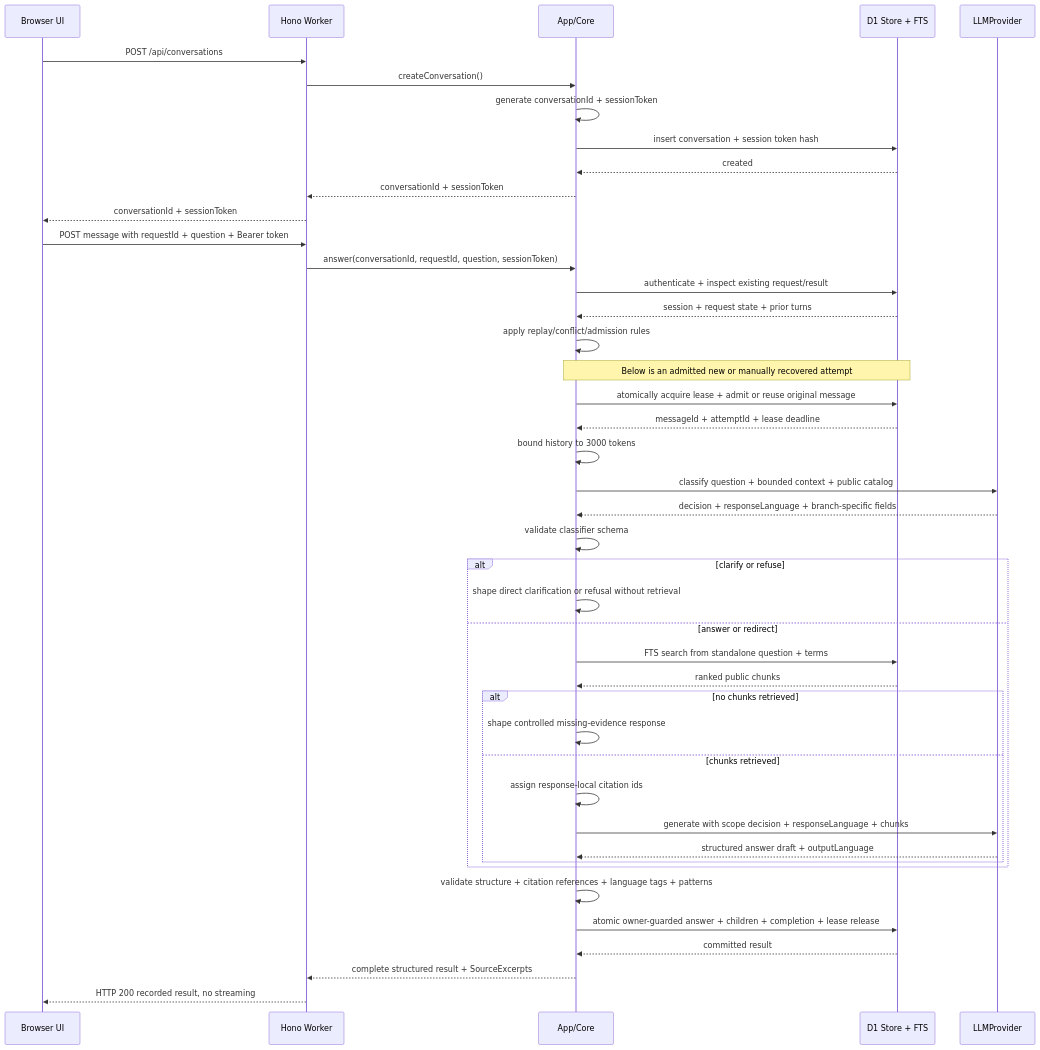
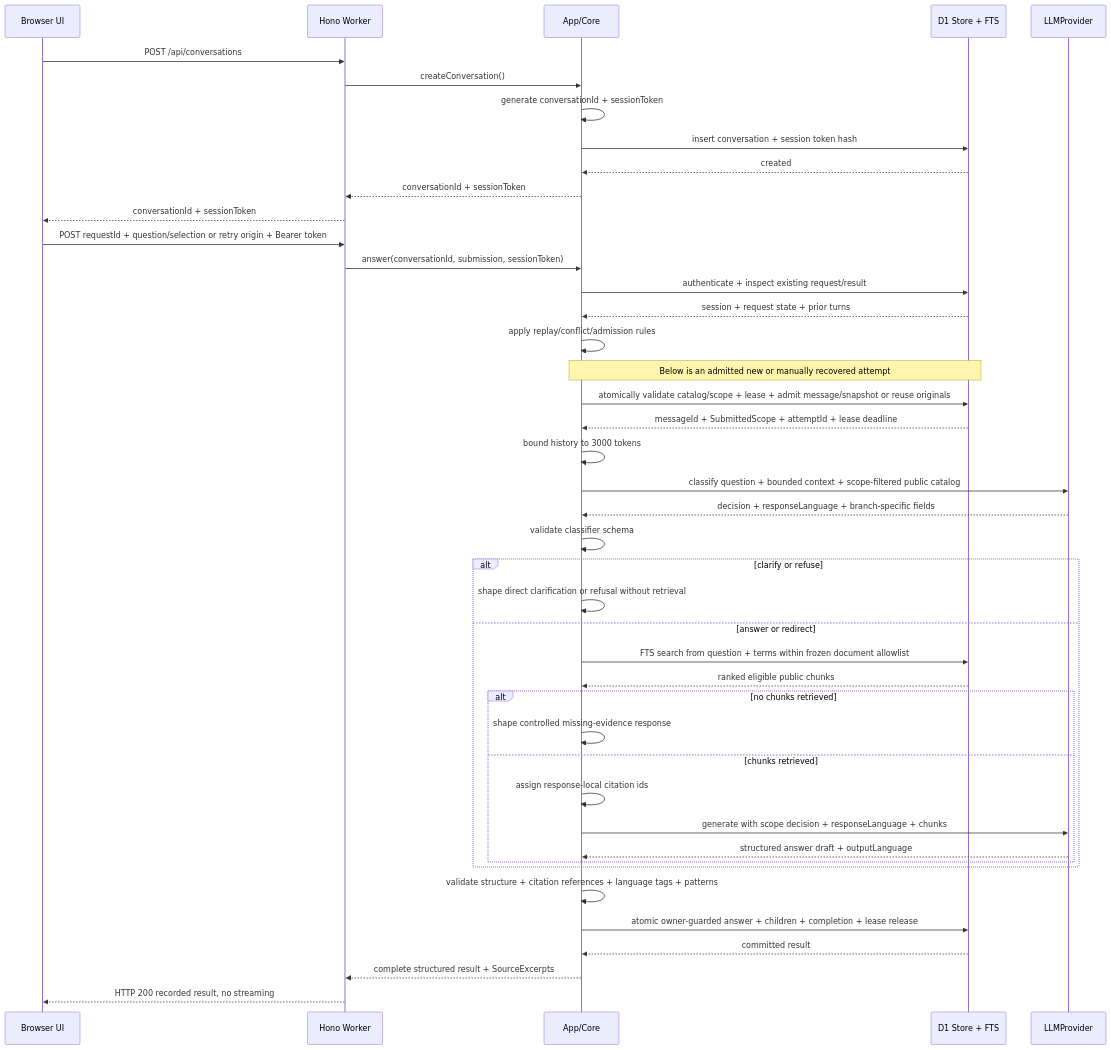
The second of 5 diagrams in docs/_bmad-output/planning-artifacts/architecture/architecture-candidate-copilot-2026-09-11/ARCHITECTURE-SPINE.md (CanVc/candidate-copilot), drawn with Mermaid before and after one commit. The commit also changed other lines of this file and 2 other files, not shown here.

Commit message:
docs: reconcile architecture with approved resource scope and UX

````diff
--- a/docs/_bmad-output/planning-artifacts/architecture/architecture-candidate-copilot-2026-09-11/ARCHITECTURE-SPINE.md
+++ b/docs/_bmad-output/planning-artifacts/architecture/architecture-candidate-copilot-2026-09-11/ARCHITECTURE-SPINE.md
@@ -195,47 +218,47 @@
 ```mermaid
 sequenceDiagram
   participant UI as Browser UI
   participant API as Hono Worker
   participant Core as App/Core
   participant D1 as D1 Store + FTS
   participant LLM as LLMProvider
 
   UI->>API: POST /api/conversations
   API->>Core: createConversation()
   Core->>Core: generate conversationId + sessionToken
   Core->>D1: insert conversation + session token hash
   D1-->>Core: created
   Core-->>API: conversationId + sessionToken
   API-->>UI: conversationId + sessionToken
 
-  UI->>API: POST message with requestId + question + Bearer token
-  API->>Core: answer(conversationId, requestId, question, sessionToken)
+  UI->>API: POST requestId + question/selection or retry origin + Bearer token
+  API->>Core: answer(conversationId, submission, sessionToken)
   Core->>D1: authenticate + inspect existing request/result
   D1-->>Core: session + request state + prior turns
   Core->>Core: apply replay/conflict/admission rules
   Note over Core,D1: Below is an admitted new or manually recovered attempt
-  Core->>D1: atomically acquire lease + admit or reuse original message
-  D1-->>Core: messageId + attemptId + lease deadline
+  Core->>D1: atomically validate catalog/scope + lease + admit message/snapshot or reuse originals
+  D1-->>Core: messageId + SubmittedScope + attemptId + lease deadline
   Core->>Core: bound history to 3000 tokens
-  Core->>LLM: classify question + bounded context + public catalog
+  Core->>LLM: classify question + bounded context + scope-filtered public catalog
   LLM-->>Core: decision + responseLanguage + branch-specific fields
   Core->>Core: validate classifier schema
   alt clarify or refuse
     Core->>Core: shape direct clarification or refusal without retrieval
   else answer or redirect
-    Core->>D1: FTS search from standalone question + terms
-    D1-->>Core: ranked public chunks
+    Core->>D1: FTS search from question + terms within frozen document allowlist
+    D1-->>Core: ranked eligible public chunks
     alt no chunks retrieved
       Core->>Core: shape controlled missing-evidence response
     else chunks retrieved
       Core->>Core: assign response-local citation ids
       Core->>LLM: generate with scope decision + responseLanguage + chunks
       LLM-->>Core: structured answer draft + outputLanguage
     end
   end
   Core->>Core: validate structure + citation references + language tags + patterns
   Core->>D1: atomic owner-guarded answer + children + completion + lease release
   D1-->>Core: committed result
   Core-->>API: complete structured result + SourceExcerpts
   API-->>UI: HTTP 200 recorded result, no streaming
 ```
````
